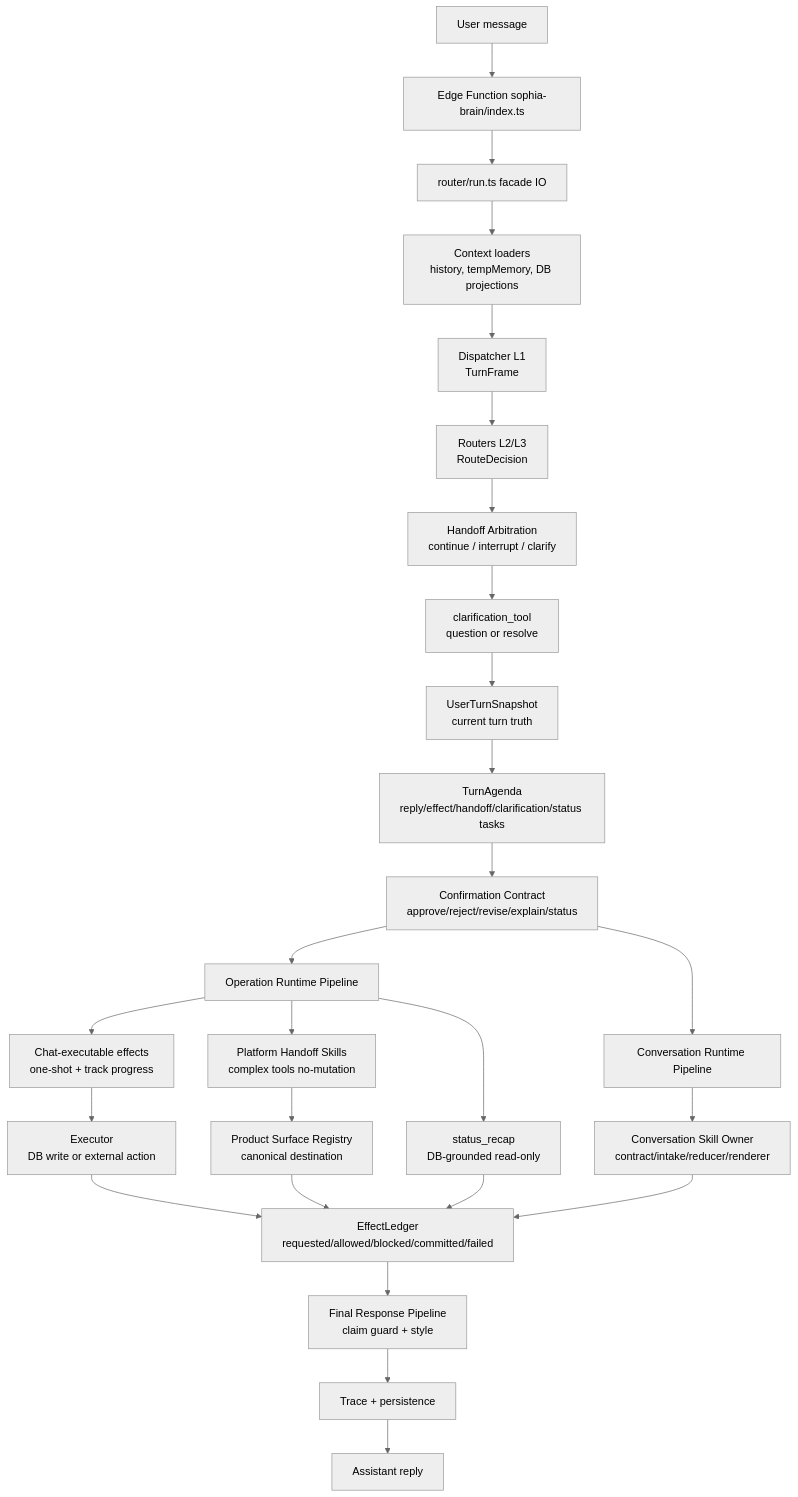
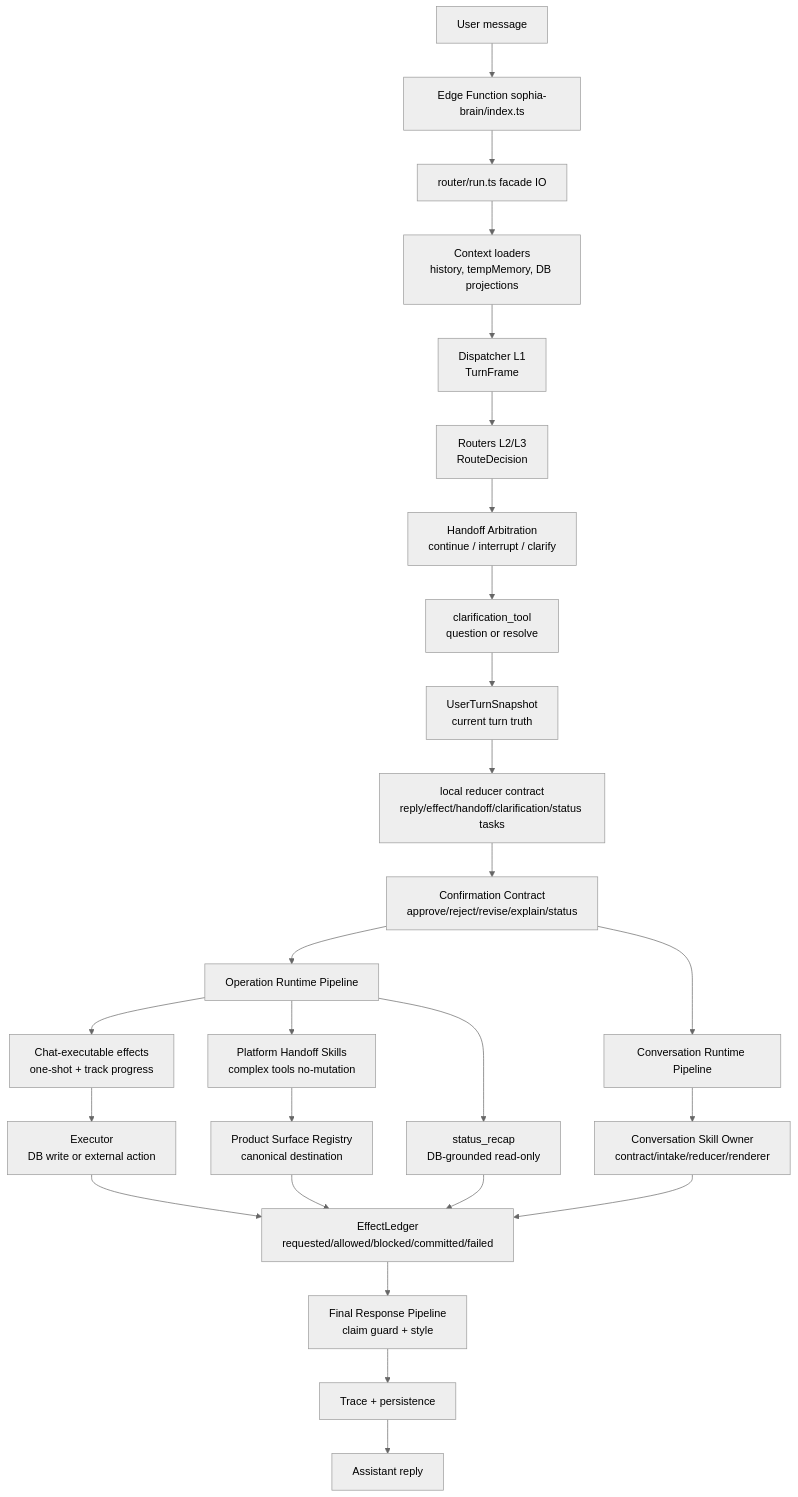
Before and after one commit to thomasgenty15-afk/Sophia: the first of 8 diagrams in docs/agent-playbook/New/runtime-contracts/06-sophia-brain-runtime-diagram.md, drawn with Mermaid (neutral theme). The commit also changed other lines of this file and 603 other files, not shown here.

````diff
--- a/docs/agent-playbook/New/runtime-contracts/06-sophia-brain-runtime-diagram.md
+++ b/docs/agent-playbook/New/runtime-contracts/06-sophia-brain-runtime-diagram.md
@@ -11,34 +11,34 @@
 ```mermaid
 flowchart TD
   U["User message"] --> EP["Edge Function sophia-brain/index.ts"]
   EP --> RUN["router/run.ts facade IO"]
   RUN --> CTX["Context loaders\nhistory, tempMemory, DB projections"]
   CTX --> DISP["Dispatcher L1\nTurnFrame"]
   DISP --> ROUTERS["Routers L2/L3\nRouteDecision"]
   ROUTERS --> HARB["Handoff Arbitration\ncontinue / interrupt / clarify"]
   HARB --> CLARIFY["clarification_tool\nquestion or resolve"]
   CLARIFY --> SNAP["UserTurnSnapshot\ncurrent turn truth"]
-  SNAP --> AGENDA["TurnAgenda\nreply/effect/handoff/clarification/status tasks"]
+  SNAP --> AGENDA["local reducer contract\nreply/effect/handoff/clarification/status tasks"]
   AGENDA --> CONF["Confirmation Contract\napprove/reject/revise/explain/status"]
 
   CONF --> OPPIPE["Operation Runtime Pipeline"]
   CONF --> CONVPIPE["Conversation Runtime Pipeline"]
 
   OPPIPE --> DIRECT["Chat-executable effects\none-shot + track progress"]
   DIRECT --> EXEC["Executor\nDB write or external action"]
   EXEC --> LEDGER["EffectLedger\nrequested/allowed/blocked/committed/failed"]
 
   OPPIPE --> HANDOFF["Platform Handoff Skills\ncomplex tools no-mutation"]
   HANDOFF --> SURFACE["Product Surface Registry\ncanonical destination"]
   SURFACE --> LEDGER
 
   CONVPIPE --> CSKILL["Conversation Skill Owner\ncontract/intake/reducer/renderer"]
   CSKILL --> LEDGER
 
   OPPIPE --> STATUS["status_recap\nDB-grounded read-only"]
   STATUS --> LEDGER
 
   LEDGER --> FINAL["Final Response Pipeline\nclaim guard + style"]
   FINAL --> TRACE["Trace + persistence"]
   TRACE --> OUT["Assistant reply"]
 ```
````
